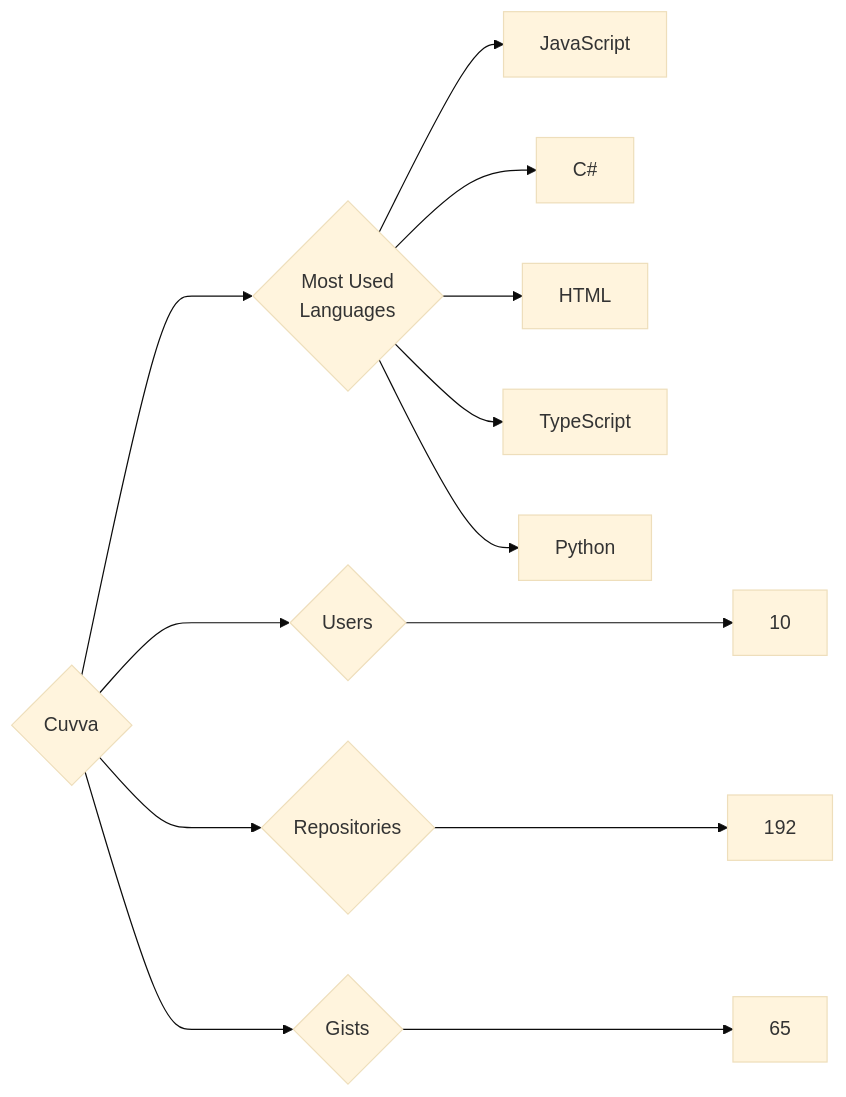
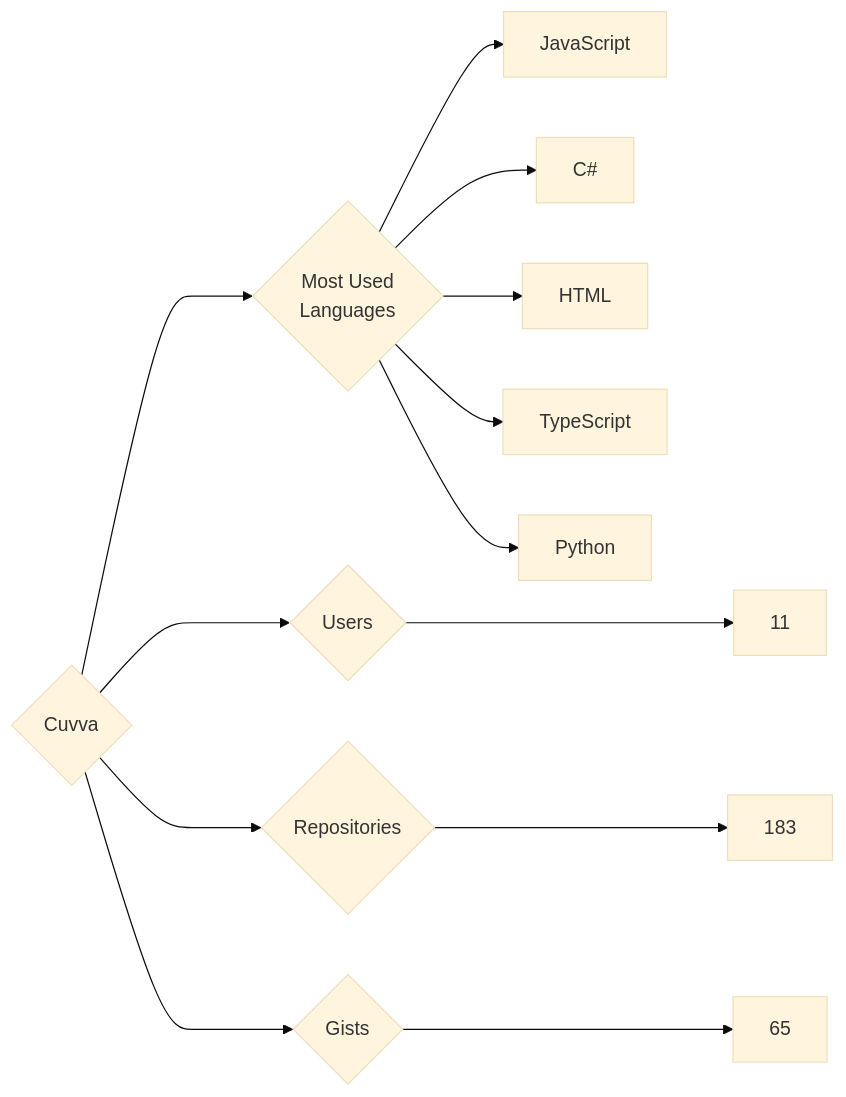
Before and after one commit to trickest/insiders: the diagram in targets/Cuvva/README.md, drawn with Mermaid (base theme). The commit also changed 826 other files, not shown here.

````diff
--- a/targets/Cuvva/README.md
+++ b/targets/Cuvva/README.md
@@ -3,13 +3,13 @@
 ```mermaid
 graph LR
 COMPANY_NAME{Cuvva}
-COMPANY_NAME ---> U{Users} ---> UN[10]
-COMPANY_NAME ---> R{Repositories} ---> RN[192]
+COMPANY_NAME ---> U{Users} ---> UN[11]
+COMPANY_NAME ---> R{Repositories} ---> RN[183]
 COMPANY_NAME ---> G{Gists} ---> GN[65]
 COMPANY_NAME ---> ML{Most Used<br>Languages}
 ML --> JavaScript[JavaScript]
 ML --> C#[C#]
 ML --> HTML[HTML]
 ML --> TypeScript[TypeScript]
 ML --> Python[Python]
 ```
````
